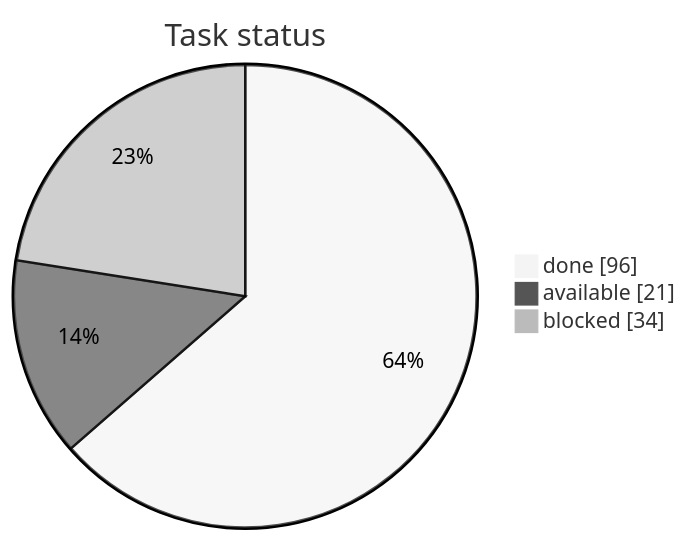
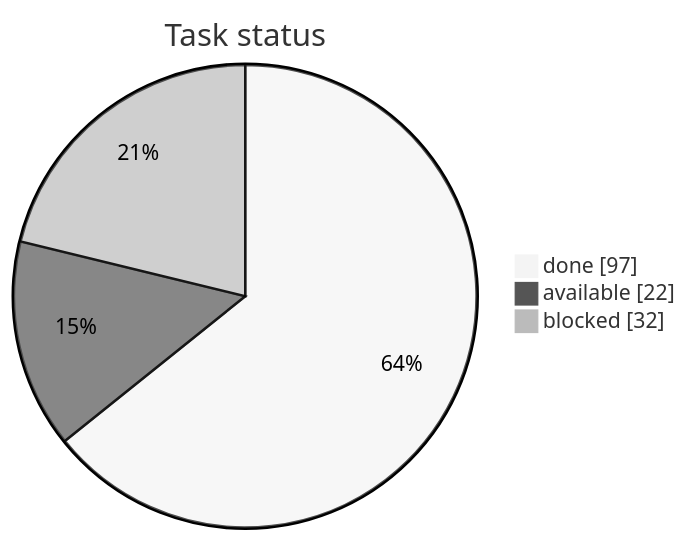
Before and after one commit to artemiiShabanov/RallyRivals: the first of 3 diagrams in STATUS.md, drawn with Mermaid (neutral theme). The commit also changed other lines of this file and 5 other files, not shown here.

````diff
--- a/STATUS.md
+++ b/STATUS.md
@@ -7,7 +7,7 @@
 ```mermaid
 pie showData
     title Task status
-    "done" : 96
-    "available" : 21
-    "blocked" : 34
+    "done" : 97
+    "available" : 22
+    "blocked" : 32
 ```
````
